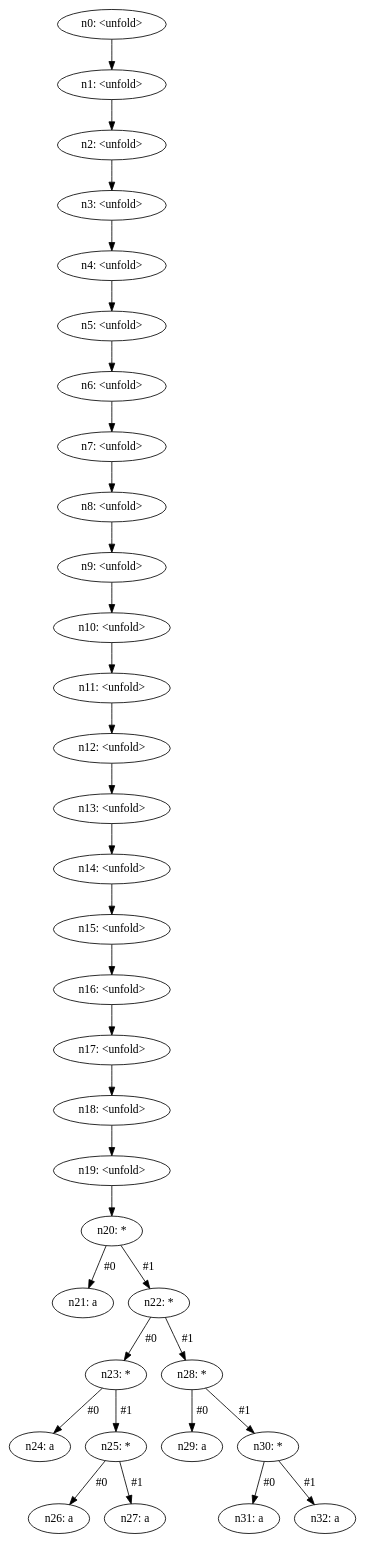
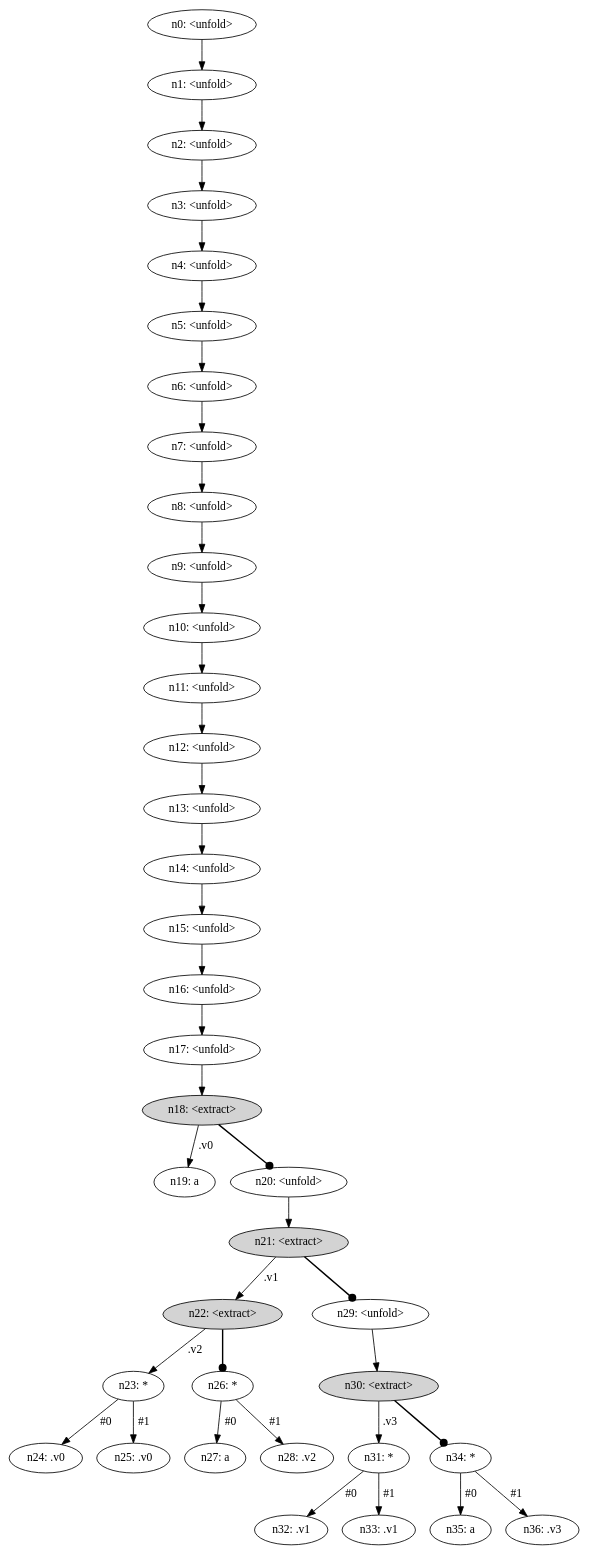
The diagram in examples/power-sq/target/graph.dot (mazeppa-dev/mazeppa), drawn with Graphviz before and after one commit. The commit also changed 34 other files, not shown here.

```diff
--- a/examples/power-sq/target/graph.dot
+++ b/examples/power-sq/target/graph.dot
@@ -1,69 +1,77 @@
 digraph {
     node [fontname="bold helvetica"];
     edge [fontname="bold helvetica"];
     n0 [label="n0: <unfold>"];
     n1 [label="n1: <unfold>"];
     n0 -> n1;
     n2 [label="n2: <unfold>"];
     n1 -> n2;
     n3 [label="n3: <unfold>"];
     n2 -> n3;
     n4 [label="n4: <unfold>"];
     n3 -> n4;
     n5 [label="n5: <unfold>"];
     n4 -> n5;
     n6 [label="n6: <unfold>"];
     n5 -> n6;
     n7 [label="n7: <unfold>"];
     n6 -> n7;
     n8 [label="n8: <unfold>"];
     n7 -> n8;
     n9 [label="n9: <unfold>"];
     n8 -> n9;
     n10 [label="n10: <unfold>"];
     n9 -> n10;
     n11 [label="n11: <unfold>"];
     n10 -> n11;
     n12 [label="n12: <unfold>"];
     n11 -> n12;
     n13 [label="n13: <unfold>"];
     n12 -> n13;
     n14 [label="n14: <unfold>"];
     n13 -> n14;
     n15 [label="n15: <unfold>"];
     n14 -> n15;
     n16 [label="n16: <unfold>"];
     n15 -> n16;
     n17 [label="n17: <unfold>"];
     n16 -> n17;
-    n18 [label="n18: <unfold>"];
+    n18 [label="n18: <extract>"] [style=filled];
     n17 -> n18;
-    n19 [label="n19: <unfold>"];
-    n18 -> n19;
-    n20 [label="n20: *"];
-    n19 -> n20;
-    n21 [label="n21: a"];
-    n20 -> n21 [label=" #0 "];
-    n22 [label="n22: *"];
-    n20 -> n22 [label=" #1 "];
+    n19 [label="n19: a"];
+    n18 -> n19 [label=" .v0 "];
+    n20 [label="n20: <unfold>"];
+    n18 -> n20 [penwidth=1.7 arrowhead=dot];
+    n21 [label="n21: <extract>"] [style=filled];
+    n20 -> n21;
+    n22 [label="n22: <extract>"] [style=filled];
+    n21 -> n22 [label=" .v1 "];
     n23 [label="n23: *"];
-    n22 -> n23 [label=" #0 "];
-    n24 [label="n24: a"];
+    n22 -> n23 [label=" .v2 "];
+    n24 [label="n24: .v0"];
     n23 -> n24 [label=" #0 "];
-    n25 [label="n25: *"];
+    n25 [label="n25: .v0"];
     n23 -> n25 [label=" #1 "];
-    n26 [label="n26: a"];
-    n25 -> n26 [label=" #0 "];
+    n26 [label="n26: *"];
+    n22 -> n26 [penwidth=1.7 arrowhead=dot];
     n27 [label="n27: a"];
-    n25 -> n27 [label=" #1 "];
-    n28 [label="n28: *"];
-    n22 -> n28 [label=" #1 "];
-    n29 [label="n29: a"];
-    n28 -> n29 [label=" #0 "];
-    n30 [label="n30: *"];
-    n28 -> n30 [label=" #1 "];
-    n31 [label="n31: a"];
-    n30 -> n31 [label=" #0 "];
-    n32 [label="n32: a"];
-    n30 -> n32 [label=" #1 "];
+    n26 -> n27 [label=" #0 "];
+    n28 [label="n28: .v2"];
+    n26 -> n28 [label=" #1 "];
+    n29 [label="n29: <unfold>"];
+    n21 -> n29 [penwidth=1.7 arrowhead=dot];
+    n30 [label="n30: <extract>"] [style=filled];
+    n29 -> n30;
+    n31 [label="n31: *"];
+    n30 -> n31 [label=" .v3 "];
+    n32 [label="n32: .v1"];
+    n31 -> n32 [label=" #0 "];
+    n33 [label="n33: .v1"];
+    n31 -> n33 [label=" #1 "];
+    n34 [label="n34: *"];
+    n30 -> n34 [penwidth=1.7 arrowhead=dot];
+    n35 [label="n35: a"];
+    n34 -> n35 [label=" #0 "];
+    n36 [label="n36: .v3"];
+    n34 -> n36 [label=" #1 "];
 }
```
